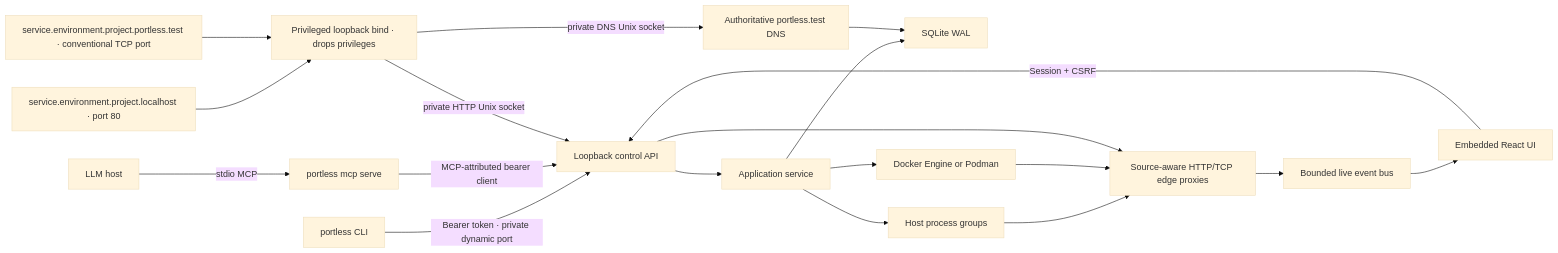
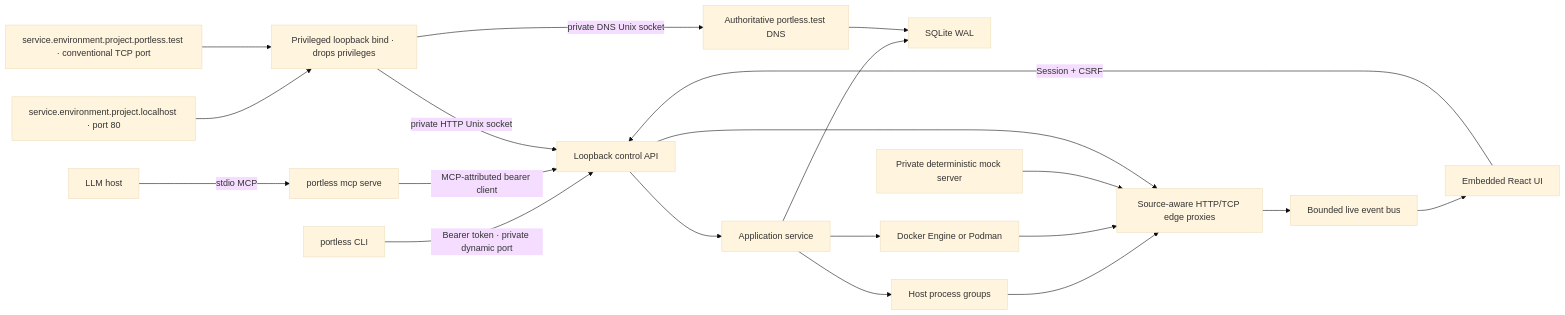
The diagram in README.md (runportless/portless), drawn with Mermaid (base theme) before and after one commit. The commit also changed other lines of this file and 74 other files, not shown here.

Commit message:
Added mock server

````diff
--- a/README.md
+++ b/README.md
@@ -414,21 +462,22 @@
 ```mermaid
 flowchart LR
   CLI["portless CLI"] -->|"Bearer token · private dynamic port"| API["Loopback control API"]
   HOST["LLM host"] -->|"stdio MCP"| MCP["portless mcp serve"]
   MCP -->|"MCP-attributed bearer client"| API
   UI["Embedded React UI"] -->|"Session + CSRF"| API
   API --> APP["Application service"]
   APP --> DB["SQLite WAL"]
   APP --> PROC["Host process groups"]
   APP --> CR["Docker Engine or Podman"]
   PROC --> PROXY["Source-aware HTTP/TCP edge proxies"]
   CR --> PROXY
+  MOCK["Private deterministic mock server"] --> PROXY
   HTTP["service.environment.project.localhost · port 80"] --> RELAY["Privileged loopback bind · drops privileges"]
   DNS["service.environment.project.portless.test · conventional TCP port"] --> RELAY
   RELAY -->|"private HTTP Unix socket"| API
   RELAY -->|"private DNS Unix socket"| DNSD["Authoritative portless.test DNS"]
   DNSD --> DB
   API --> PROXY
   PROXY --> BUS["Bounded live event bus"]
   BUS --> UI
 ```
````
